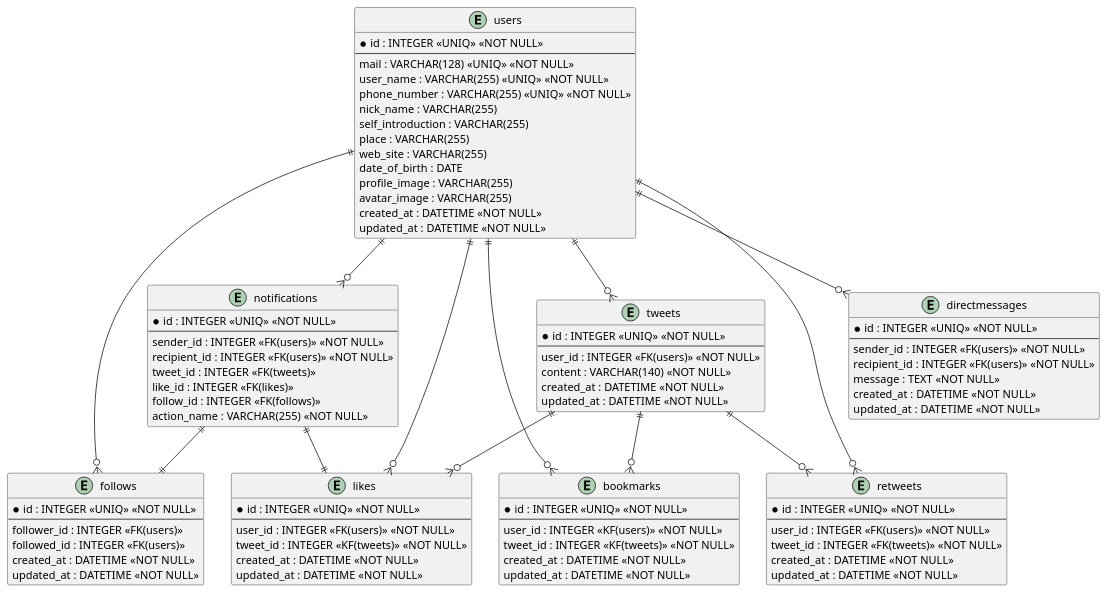
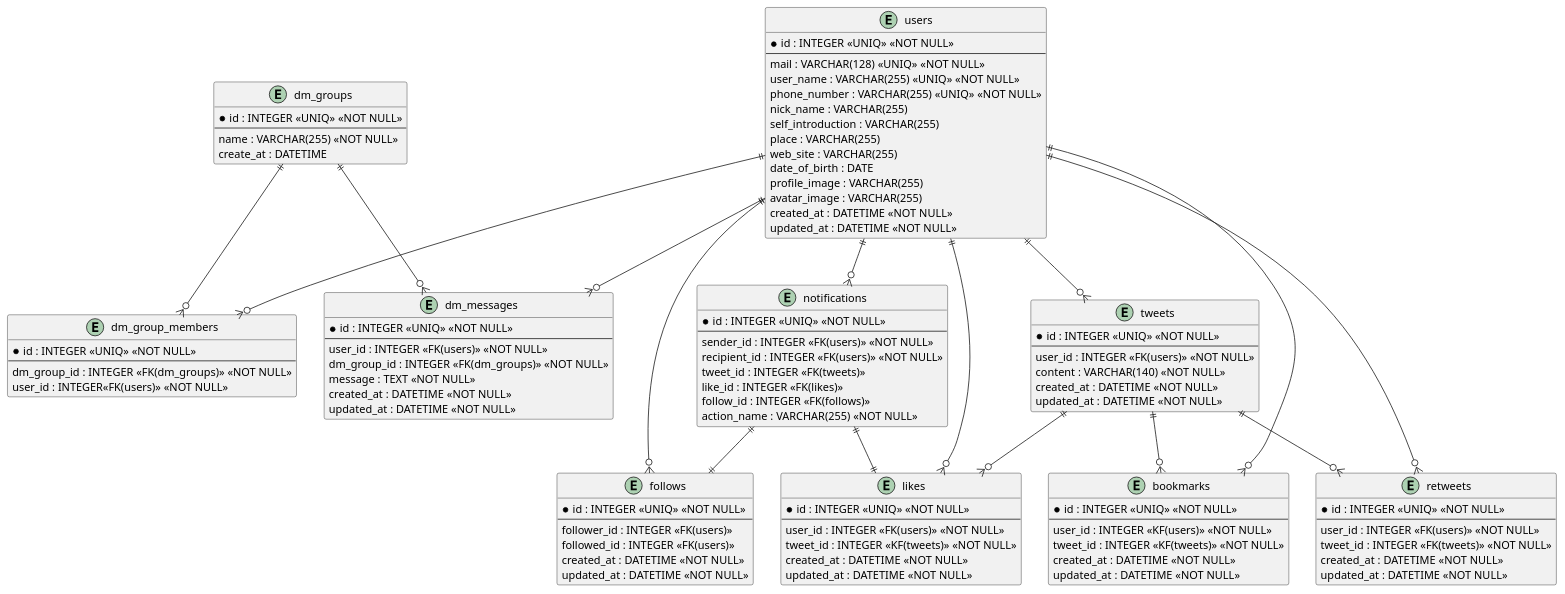
The diagram in twitter_erd/twitter_erd.puml (iwariku/hc_practice), drawn with PlantUML before and after one commit.

Commit message:
chore: Updating the ERD for the DM

```diff
--- a/twitter_erd/twitter_erd.puml
+++ b/twitter_erd/twitter_erd.puml
@@ -1,149 +1,177 @@
 @startuml
 ' ユーザーテーブル
 entity "users" as users {
   *id : INTEGER <<UNIQ>> <<NOT NULL>>
   --
   mail : VARCHAR(128) <<UNIQ>> <<NOT NULL>>
   user_name : VARCHAR(255) <<UNIQ>> <<NOT NULL>>
   phone_number : VARCHAR(255) <<UNIQ>> <<NOT NULL>>
   nick_name : VARCHAR(255)
   self_introduction : VARCHAR(255)
   place : VARCHAR(255)
   web_site : VARCHAR(255)
   date_of_birth : DATE
   profile_image : VARCHAR(255)
   avatar_image : VARCHAR(255)
   created_at : DATETIME <<NOT NULL>>
   updated_at : DATETIME <<NOT NULL>>
 }
 
 ' フォロー、フォロワーテーブル
 ' 中間テーブル
 entity "follows" as follows {
   *id : INTEGER <<UNIQ>> <<NOT NULL>>
   --
   follower_id : INTEGER <<FK(users)>>
   followed_id : INTEGER <<FK(users)>>
   created_at : DATETIME <<NOT NULL>>
   updated_at : DATETIME <<NOT NULL>>
 }
 
 ' ツイートテーブル
 entity "tweets" as tweets {
   *id : INTEGER <<UNIQ>> <<NOT NULL>>
   --
   user_id : INTEGER <<FK(users)>> <<NOT NULL>>
   content : VARCHAR(140) <<NOT NULL>>
   created_at : DATETIME <<NOT NULL>>
   updated_at : DATETIME <<NOT NULL>>
 }
 
 ' いいねテーブル
 entity "likes" as likes {
   *id : INTEGER <<UNIQ>> <<NOT NULL>>
   --
   user_id : INTEGER <<FK(users)>> <<NOT NULL>>
   tweet_id : INTEGER <<KF(tweets)>> <<NOT NULL>>
   created_at : DATETIME <<NOT NULL>>
   updated_at : DATETIME <<NOT NULL>>
 }
 
 ' ブックマークテーブル
 entity "bookmarks" as bookmarks {
   *id : INTEGER <<UNIQ>> <<NOT NULL>>
   --
   user_id : INTEGER <<KF(users)>> <<NOT NULL>>
   tweet_id : INTEGER <<KF(tweets)>> <<NOT NULL>>
   created_at : DATETIME <<NOT NULL>>
   updated_at : DATETIME <<NOT NULL>>
 }
 
 ' リツイートテーブル
 entity "retweets" as retweets {
   *id : INTEGER <<UNIQ>> <<NOT NULL>>
   --
   user_id : INTEGER <<FK(users)>> <<NOT NULL>>
   tweet_id : INTEGER <<FK(tweets)>> <<NOT NULL>>
   created_at : DATETIME <<NOT NULL>>
   updated_at : DATETIME <<NOT NULL>>
 }
 
 ' 通知テーブル
 entity "notifications" as notifications {
   *id : INTEGER <<UNIQ>> <<NOT NULL>>
   --
   sender_id : INTEGER <<FK(users)>> <<NOT NULL>>
   recipient_id : INTEGER <<FK(users)>> <<NOT NULL>>
   tweet_id : INTEGER <<FK(tweets)>>
   like_id : INTEGER <<FK(likes)>>
   follow_id : INTEGER <<FK(follows)>>
   action_name : VARCHAR(255) <<NOT NULL>>
 }
 
-' DMテーブル
-entity "directmessages" as directmessages {
+' ----------- 今回修正したDMに関数テーブル --------------
+' DMのグループ
+entity "dm_groups" as dm_groups {
   *id : INTEGER <<UNIQ>> <<NOT NULL>>
   --
-  sender_id : INTEGER <<FK(users)>> <<NOT NULL>>
-  recipient_id : INTEGER <<FK(users)>> <<NOT NULL>>
+  name : VARCHAR(255) <<NOT NULL>>
+  create_at : DATETIME
+}
+
+' DMのグループメンバー
+entity "dm_group_members" as dm_group_members {
+  *id : INTEGER <<UNIQ>> <<NOT NULL>>
+  --
+  dm_group_id : INTEGER <<FK(dm_groups)>> <<NOT NULL>>
+  user_id : INTEGER<<FK(users)>> <<NOT NULL>>
+}
+
+' DMテーブル
+entity "dm_messages" as dm_messages {
+  *id : INTEGER <<UNIQ>> <<NOT NULL>>
+  --
+  user_id : INTEGER <<FK(users)>> <<NOT NULL>>
+  dm_group_id : INTEGER <<FK(dm_groups)>> <<NOT NULL>>
   message : TEXT <<NOT NULL>>
   created_at : DATETIME <<NOT NULL>>
   updated_at : DATETIME <<NOT NULL>>
 }
+' ----------------------------------------------
 
 '---------- 1対多 ----------
 'ユーザー1人というレコード 1対多 他のレコード
 ' ツイート
 ' フォロー、フォロワー、
 ' DM
 ' 通知
 ' いいね
 ' ブックマーク
 ' リツイート
 
 'ツイート1つというレコード 1対多 他のレコード
 ' いいね
 ' ブックマーク
 ' リツイート
 
 '---------- 1対1 ----------
 ' 1いいねされたら、1通知
 ' 1フォローされたら、1通知
 
 
 'ユーザー1人が、多数のツイートを持つ
 users ||--o{ tweets
 
-'ユーザー1人が、多数のDMを持つ
-users ||--o{ directmessages
+' --------------------------------------------------------
+
+'ユーザーは複数のグループに所属し、複数のメッセージを書く
+users ||--o{ dm_group_members
+users ||--o{ dm_messages
+
+' グループは複数のメンバーを持ち、複数のメッセージを保持する
+dm_groups ||-o{ dm_group_members
+dm_groups ||--o{ dm_messages
+
+' --------------------------------------------------------
+
 
 'ユーザー1人が、多数のフォロー、フォロワーを持つ
 users ||--o{ follows
 
 'ユーザー1人が、多数の通知を持つ
 users ||--o{ notifications
 
 'ユーザー1人が、多数のいいねアクションを持つ
 users ||--o{ likes
 
 'ユーザー1人が、多数のブックマークアクションを持つ
 users ||--o{ bookmarks
 
 'ユーザー1人が、多数のリツイートアクションを持つ
 users ||--o{ retweets
 
 'ツイート1つに対して、多数のいいねをもてる
 tweets ||--o{ likes
 
 'ツイート1つに対して、多数のブックマークをもてる
 tweets ||--o{ bookmarks
 
 'ツイート1つに対して、多数のリツイートをもてる
 tweets ||--o{ retweets
 
 ' 1いいねされたら、1通知
 notifications ||--|| likes
 
 ' 1フォローされたら、1通知
 notifications ||--|| follows
 @enduml
```
